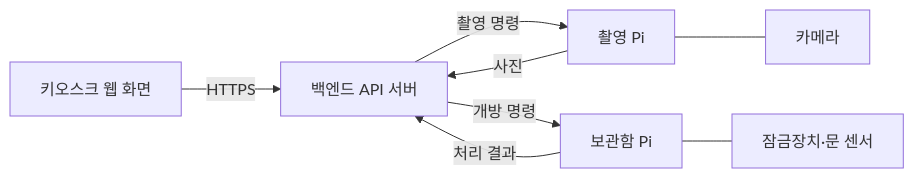
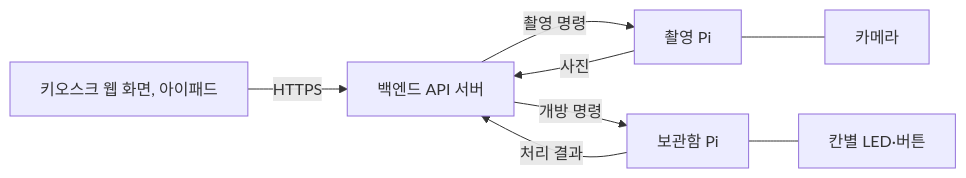
One commit to CloudAIoT/smart-lost-found changed the diagram in raspberry-pi/README.md. Above: the diagram before and after it, drawn with Mermaid. The commit also changed other lines of this file and 101 other files, not shown here.

````diff
--- a/raspberry-pi/README.md
+++ b/raspberry-pi/README.md
@@ -31,10 +34,10 @@
 ```mermaid
 flowchart LR
-    Screen[키오스크 웹 화면] -->|HTTPS| Backend[백엔드 API 서버]
+    Screen[키오스크 웹 화면, 아이패드] -->|HTTPS| Backend[백엔드 API 서버]
     Backend -->|촬영 명령| CapturePi[촬영 Pi]
     CapturePi -->|사진| Backend
     Backend -->|개방 명령| LockerPi[보관함 Pi]
     LockerPi -->|처리 결과| Backend
     CapturePi --- Camera[카메라]
-    LockerPi --- Locker[잠금장치·문 센서]
+    LockerPi --- Locker[칸별 LED·버튼]
 ```
````
